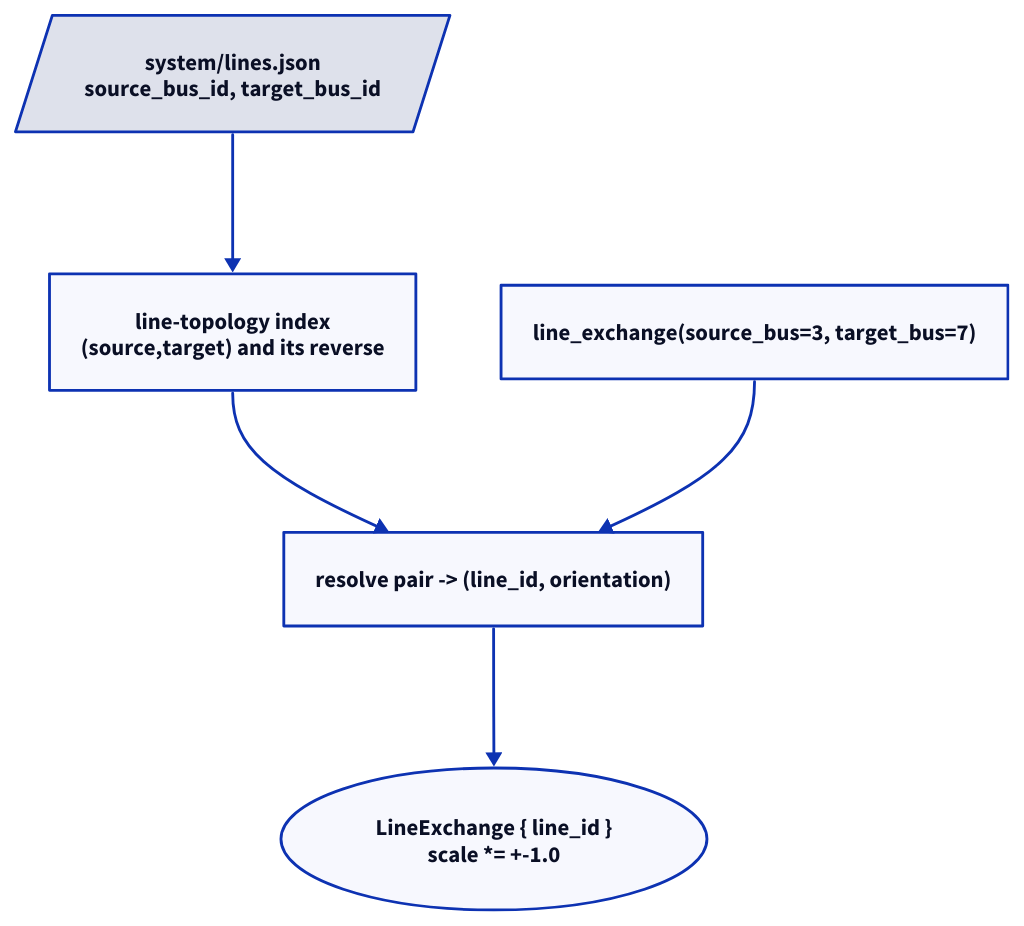
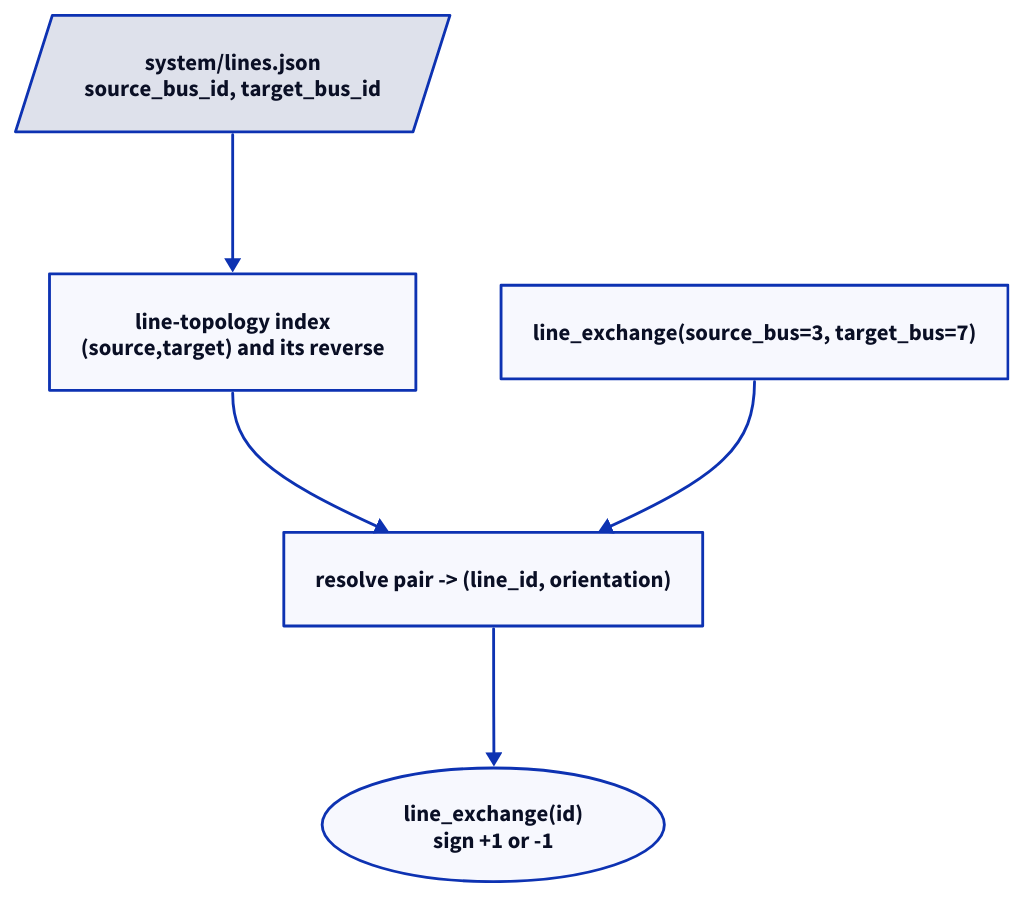
One commit to cobre-rs/cobre-docs changed the second of 3 diagrams in src/content/docs/reference/generic-constraints.mdx. Above: the diagram before and after it, drawn with D2. The commit also changed other lines of this file and 11 other files, not shown here.

````diff
--- a/src/content/docs/reference/generic-constraints.mdx
+++ b/src/content/docs/reference/generic-constraints.mdx
@@ -343,14 +453,14 @@
 ```d2
 direction: down
 
 decl: "system/lines.json\nsource_bus_id, target_bus_id" {shape: parallelogram}
 idx: "line-topology index\n(source,target) and its reverse" {shape: rectangle}
 ref: "line_exchange(source_bus=3, target_bus=7)" {shape: rectangle}
 resolve: "resolve pair -> (line_id, orientation)" {shape: rectangle}
-term: "LineExchange { line_id }\nscale *= +-1.0" {shape: oval}
+term: "line_exchange(id)\nsign +1 or -1" {shape: oval}
 
 decl -> idx
 idx -> resolve
 ref -> resolve
 resolve -> term
 ```
````
